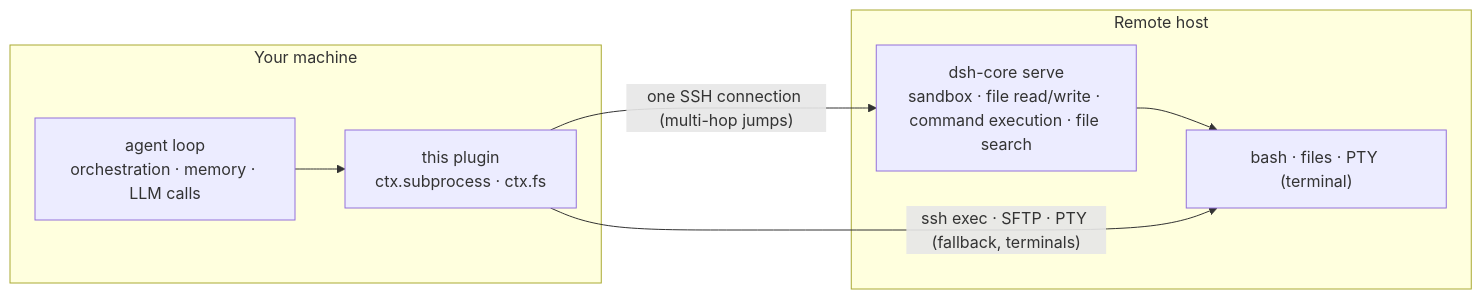
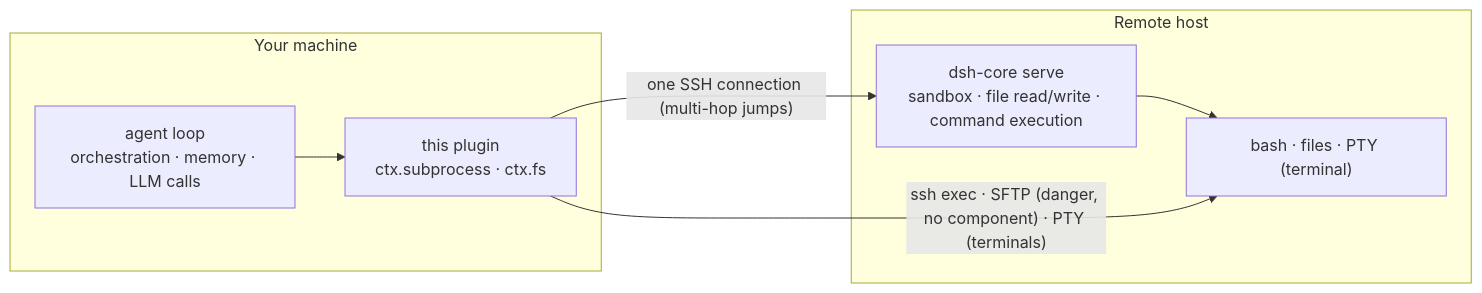
Before and after one commit to DobyChao/dsh-workspace-enhancement: the diagram in README.md, drawn with Mermaid. The commit also changed other lines of this file and 5 other files, not shown here.

````diff
--- a/README.md
+++ b/README.md
@@ -26,13 +26,13 @@
 ```mermaid
 flowchart LR
     subgraph local["Your machine"]
         agent["agent loop<br/>orchestration · memory · LLM calls"] --> seam["this plugin<br/>ctx.subprocess · ctx.fs"]
     end
     subgraph remote["Remote host"]
-        core["dsh-core serve<br/>sandbox · file read/write · command execution · file search"]
+        core["dsh-core serve<br/>sandbox · file read/write · command execution"]
         run["bash · files · PTY (terminal)"]
         core --> run
     end
     seam -- "one SSH connection (multi-hop jumps)" --> core
-    seam -- "ssh exec · SFTP · PTY (fallback, terminals)" --> run
+    seam -- "ssh exec · SFTP (danger, no component) · PTY (terminals)" --> run
 ```
````
